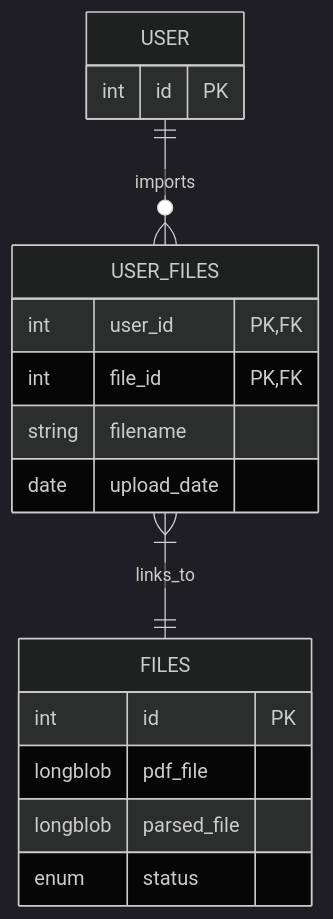
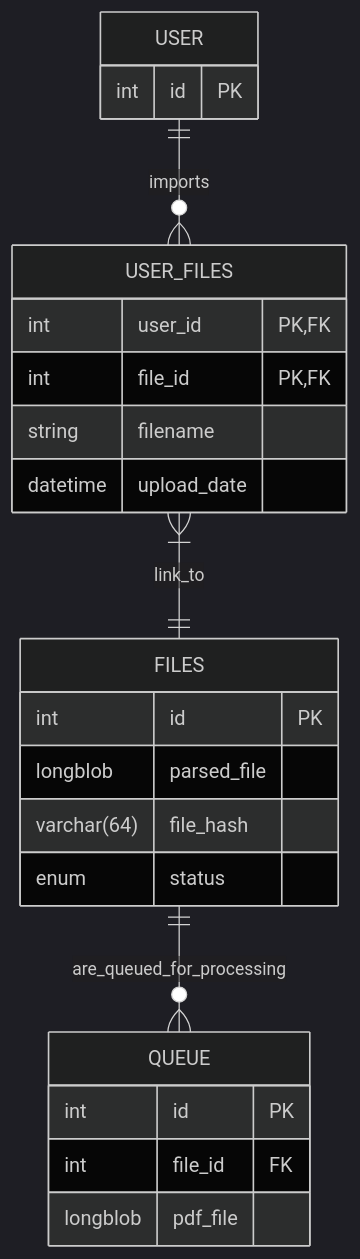
One commit to OwerPlay/pdf-rest-api changed the diagram in README.md. Above: the diagram before and after it, drawn with Mermaid (dark theme). The commit also changed other lines of this file, not shown here.

````diff
--- a/README.md
+++ b/README.md
@@ -16,20 +16,27 @@
 ```mermaid
 erDiagram
     USER {
         int id PK
     }
     USER_FILES {
         int user_id PK, FK
         int file_id PK, FK
         string filename
-        date upload_date
+        datetime upload_date
     }
     FILES {
         int id PK
-        longblob pdf_file
         longblob parsed_file
+        varchar(64) file_hash
         enum status
     }
+    QUEUE {
+        int id PK
+        int file_id FK
+        longblob pdf_file
+    }
+
     USER ||--o{ USER_FILES : imports
-    USER_FILES }|--|| FILES : links_to
+    USER_FILES }|--|| FILES : link_to
+    FILES ||--o{ QUEUE : are_queued_for_processing
 ```
````
